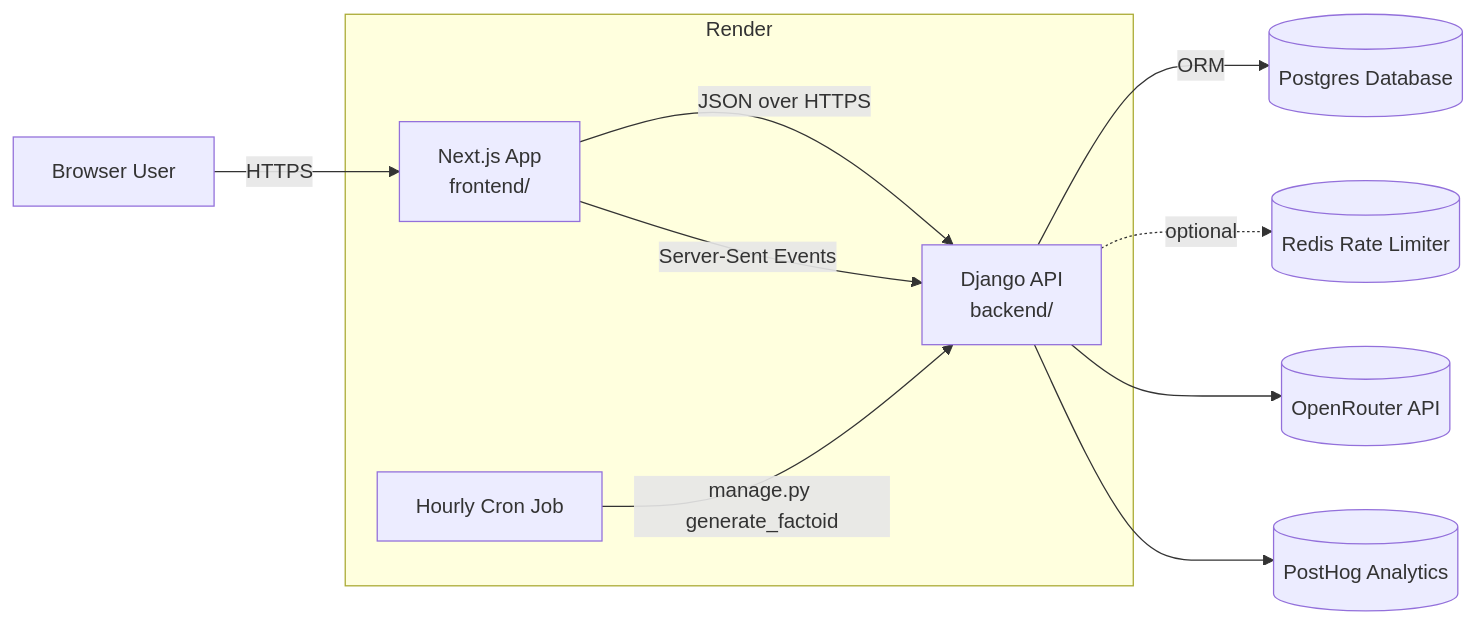
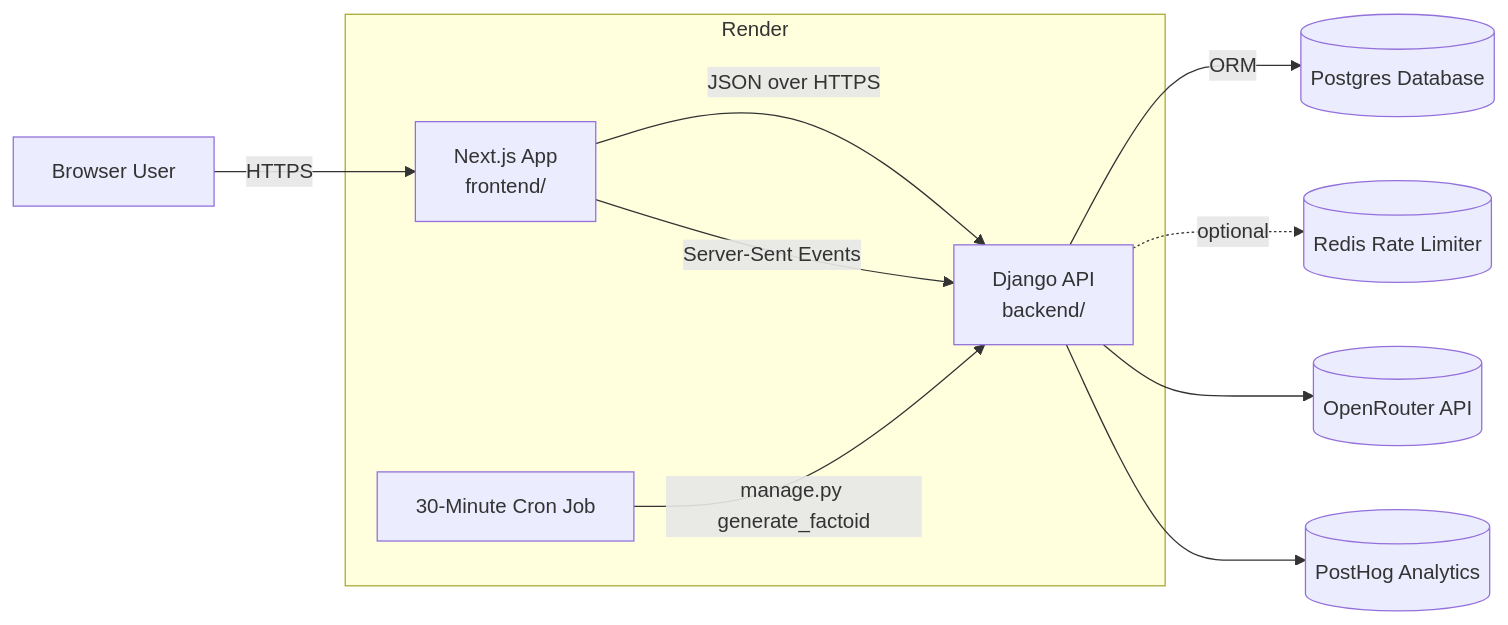
One commit to andrewm4894/andys-daily-factoids changed the first of 2 diagrams in ARCHITECTURE.md. Above: the diagram before and after it, drawn with Mermaid. The commit also changed other lines of this file and 2 other files, not shown here.

Commit message:
Update cron job to run every 30 minutes

````diff
--- a/ARCHITECTURE.md
+++ b/ARCHITECTURE.md
@@ -9,17 +9,17 @@
 ```mermaid
 graph LR
     subgraph Render
         Frontend[Next.js App\nfrontend/]
         Backend[Django API\nbackend/]
-        Cron[Hourly Cron Job]
+        Cron[30-Minute Cron Job]
     end
 
     User[Browser User] -->|HTTPS| Frontend
     Frontend -->|JSON over HTTPS| Backend
     Frontend -->|Server-Sent Events| Backend
     Backend -->|ORM| Postgres[(Postgres Database)]
     Backend -.optional.-> Redis[(Redis Rate Limiter)]
     Backend --> OpenRouter[(OpenRouter API)]
     Backend --> PostHog[(PostHog Analytics)]
     Cron -->|manage.py generate_factoid| Backend
 ```
````
